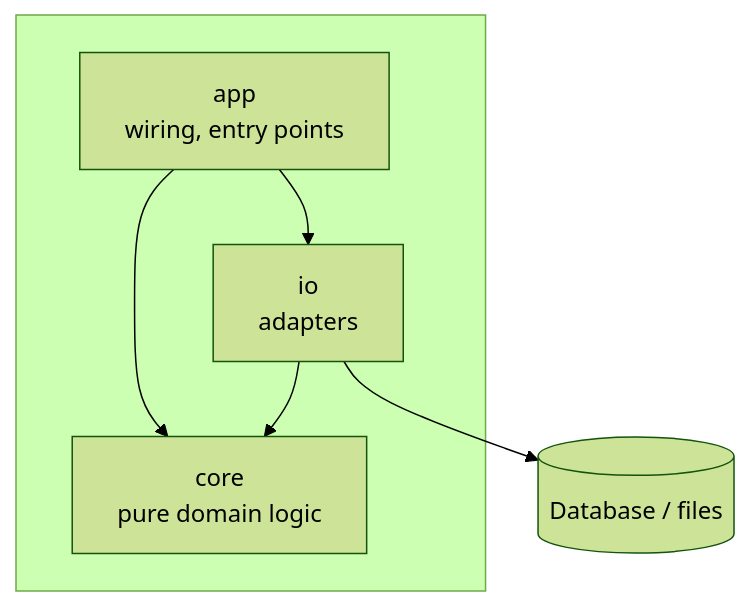
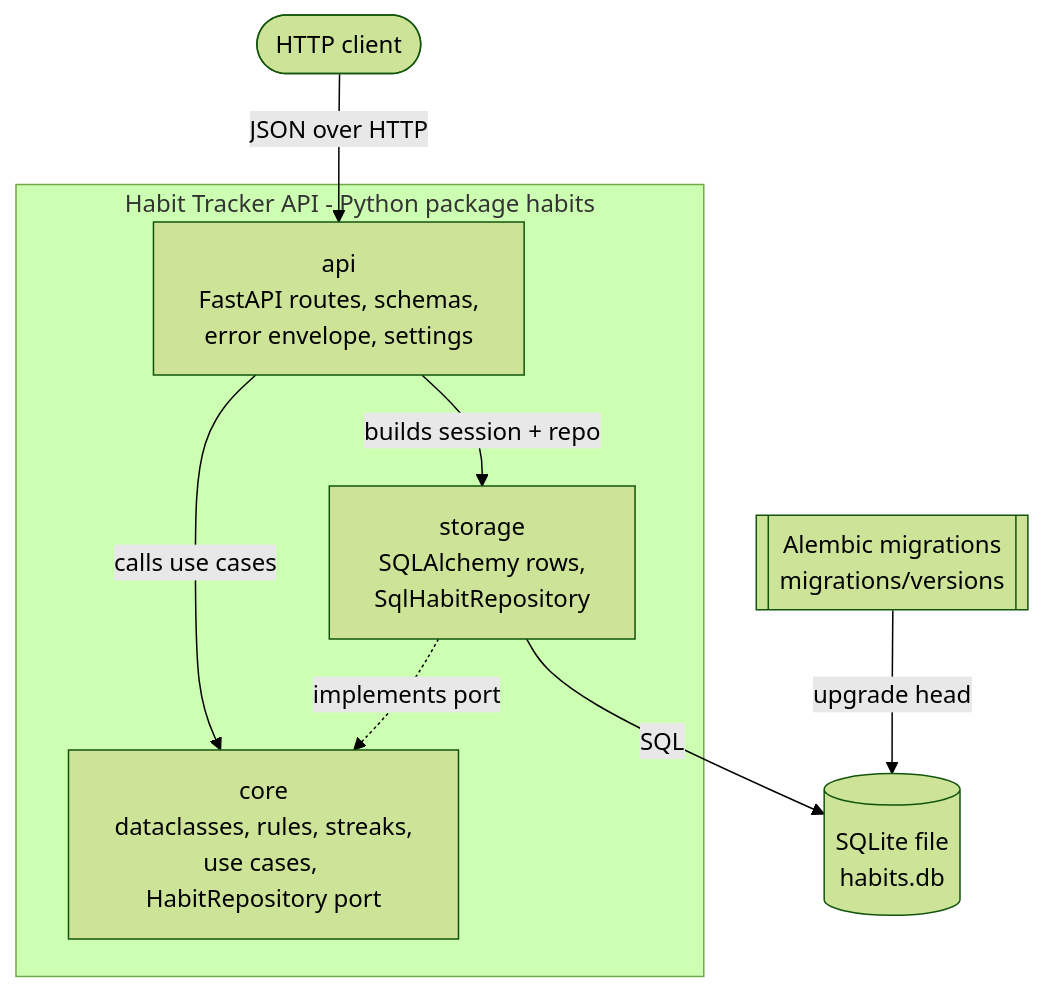
One commit to KRakenoZavr/habit-tracker-v3 changed the diagram in docs/architecture/c4-container.mmd. Above: the diagram before and after it, drawn with Mermaid (forest theme). The commit also changed 32 other files, not shown here.

```diff
--- a/docs/architecture/c4-container.mmd
+++ b/docs/architecture/c4-container.mmd
@@ -1,14 +1,19 @@
 %% covers: [src/**, docs/ai/modules.yaml]
 %% verified_at: none
 %% owner: architect
 %% Derived from docs/ai/modules.yaml — update that file first.
 flowchart TB
-  subgraph sys[<System name>]
-    app[app<br/>wiring, entry points]
-    io[io<br/>adapters]
-    core[core<br/>pure domain logic]
+  client([HTTP client])
+  subgraph sys[Habit Tracker API - Python package habits]
+    api[api<br/>FastAPI routes, schemas,<br/>error envelope, settings]
+    core[core<br/>dataclasses, rules, streaks,<br/>use cases, HabitRepository port]
+    storage[storage<br/>SQLAlchemy rows,<br/>SqlHabitRepository]
   end
-  app --> core
-  app --> io
-  io --> core
-  io --> db[(Database / files)]
+  mig[[Alembic migrations<br/>migrations/versions]]
+  db[(SQLite file<br/>habits.db)]
+  client -->|JSON over HTTP| api
+  api -->|calls use cases| core
+  api -->|builds session + repo| storage
+  storage -.->|implements port| core
+  storage -->|SQL| db
+  mig -->|upgrade head| db
```
